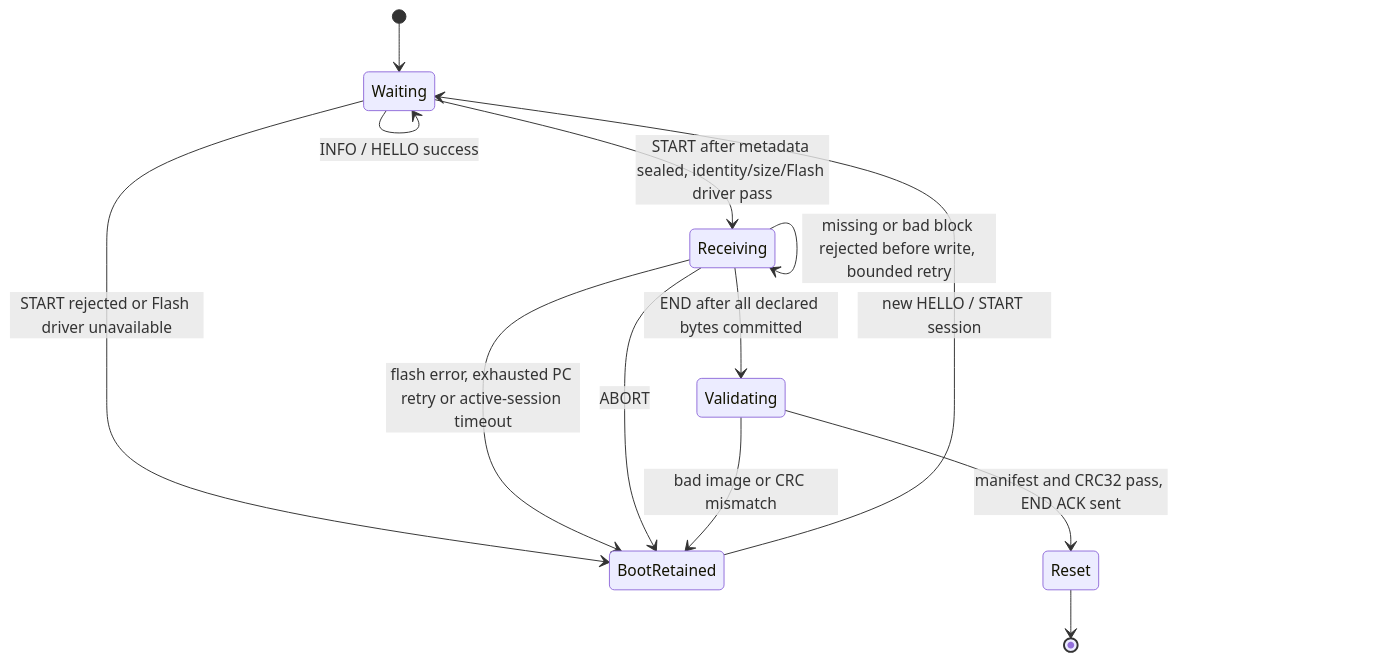
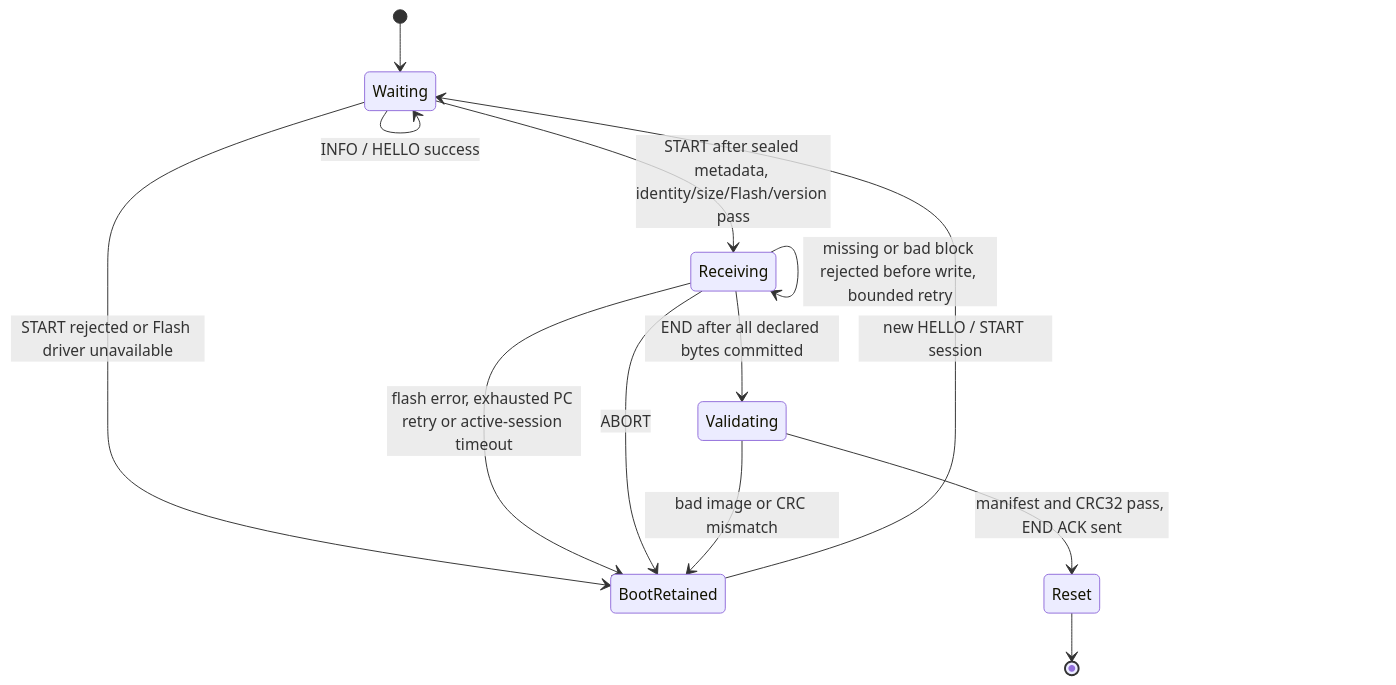
One commit to released/simple_renesas_isp_tool changed the eighth of 10 diagrams in docs/F13_BOOT_UPDATE_FLOW_zh-TW.md. Above: the diagram before and after it, drawn with Mermaid. The commit also changed other lines of this file and 121 other files, not shown here.

````diff
--- a/docs/F13_BOOT_UPDATE_FLOW_zh-TW.md
+++ b/docs/F13_BOOT_UPDATE_FLOW_zh-TW.md
@@ -346,17 +350,17 @@
 ```mermaid
 stateDiagram-v2
     [*] --> Waiting
     Waiting --> Waiting: INFO / HELLO success
-    Waiting --> Receiving: START after metadata sealed, identity/size/Flash driver pass
+    Waiting --> Receiving: START after sealed metadata, identity/size/Flash/version pass
     Waiting --> BootRetained: START rejected or Flash driver unavailable
     Receiving --> Receiving: full block bitmap and CRC pass, write then ACK
     Receiving --> Receiving: last committed block replay, verify Flash without rewrite
     Receiving --> Receiving: missing or bad block rejected before write, bounded retry
     Receiving --> BootRetained: flash error, exhausted PC retry or active-session timeout
     Receiving --> Validating: END after all declared bytes committed
     Receiving --> BootRetained: ABORT
     Validating --> Reset: manifest and CRC32 pass, END ACK sent
     Validating --> BootRetained: bad image or CRC mismatch
     Reset --> [*]
     BootRetained --> Waiting: new HELLO / START session
 ```
````
